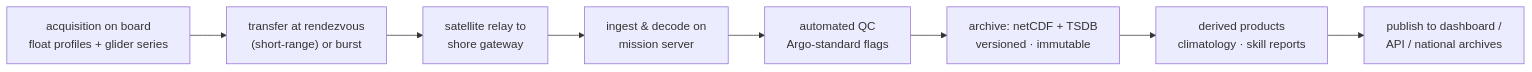
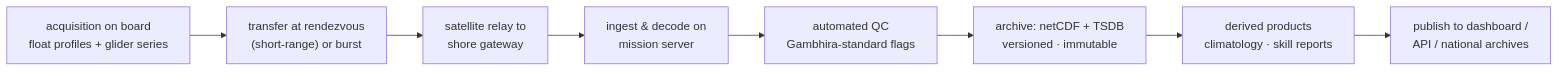
One commit to DAnuraag/Dhakshin changed diagram 20 of 34 in README.md. Above: the diagram before and after it, drawn with Mermaid. The commit also changed other lines of this file, not shown here.

````diff
--- a/README.md
+++ b/README.md
@@ -2910,11 +2910,11 @@
 ```mermaid
 flowchart LR
     ACQ["acquisition on board<br/>float profiles + glider series"] -->
     XFR["transfer at rendezvous<br/>(short-range) or burst"] -->
     RLY["satellite relay to<br/>shore gateway"] -->
     ING["ingest & decode on<br/>mission server"] -->
-    QC["automated QC<br/>Argo-standard flags"] -->
+    QC["automated QC<br/>Gambhira-standard flags"] -->
     ARC["archive: netCDF + TSDB<br/>versioned · immutable"] -->
     PROD["derived products<br/>climatology · skill reports"] -->
     PUB["publish to dashboard /<br/>API / national archives"]
 ```
````
